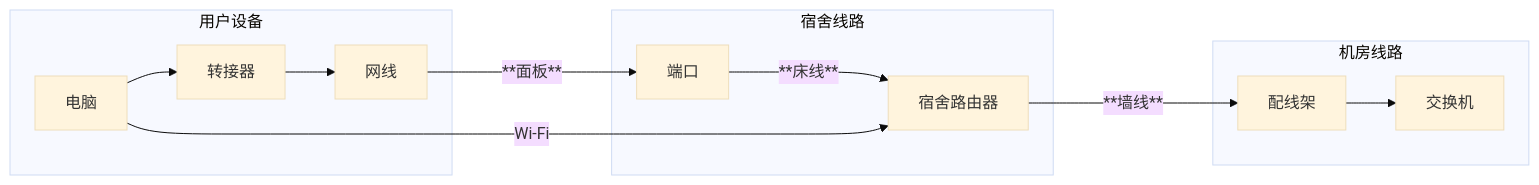
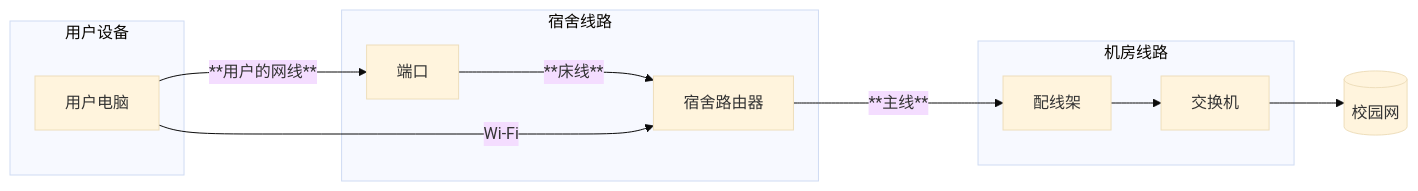
The diagram in docs/wiki/04-片区介绍/东门.md (ZSCNetSupportDept/website), drawn with Mermaid (base theme) before and after one commit. The commit also changed other lines of this file and 6 other files, not shown here.

````diff
--- a/docs/wiki/04-片区介绍/东门.md
+++ b/docs/wiki/04-片区介绍/东门.md
@@ -19,15 +19,19 @@
-```mermaid
+```mermaid 宿舍网络结构
 
 graph LR
     subgraph 用户设备
-    电脑-->转接器-->网线;
+    用户电脑
     end
+    
     subgraph  宿舍线路 
-    网线--**面板**--->端口--**床线**--->宿舍路由器;
+    用户电脑--**用户的网线**-->端口--**床线**--->宿舍路由器
     end
+    
     subgraph 机房线路
-    宿舍路由器--**墙线**--->配线架-->交换机;
+    宿舍路由器--**主线**--->配线架-->交换机
     end
-    电脑--Wi-Fi--->宿舍路由器
     
+    交换机-->yys[(校园网)]
+    用户电脑--Wi-Fi--->宿舍路由器
+
 ```
````
